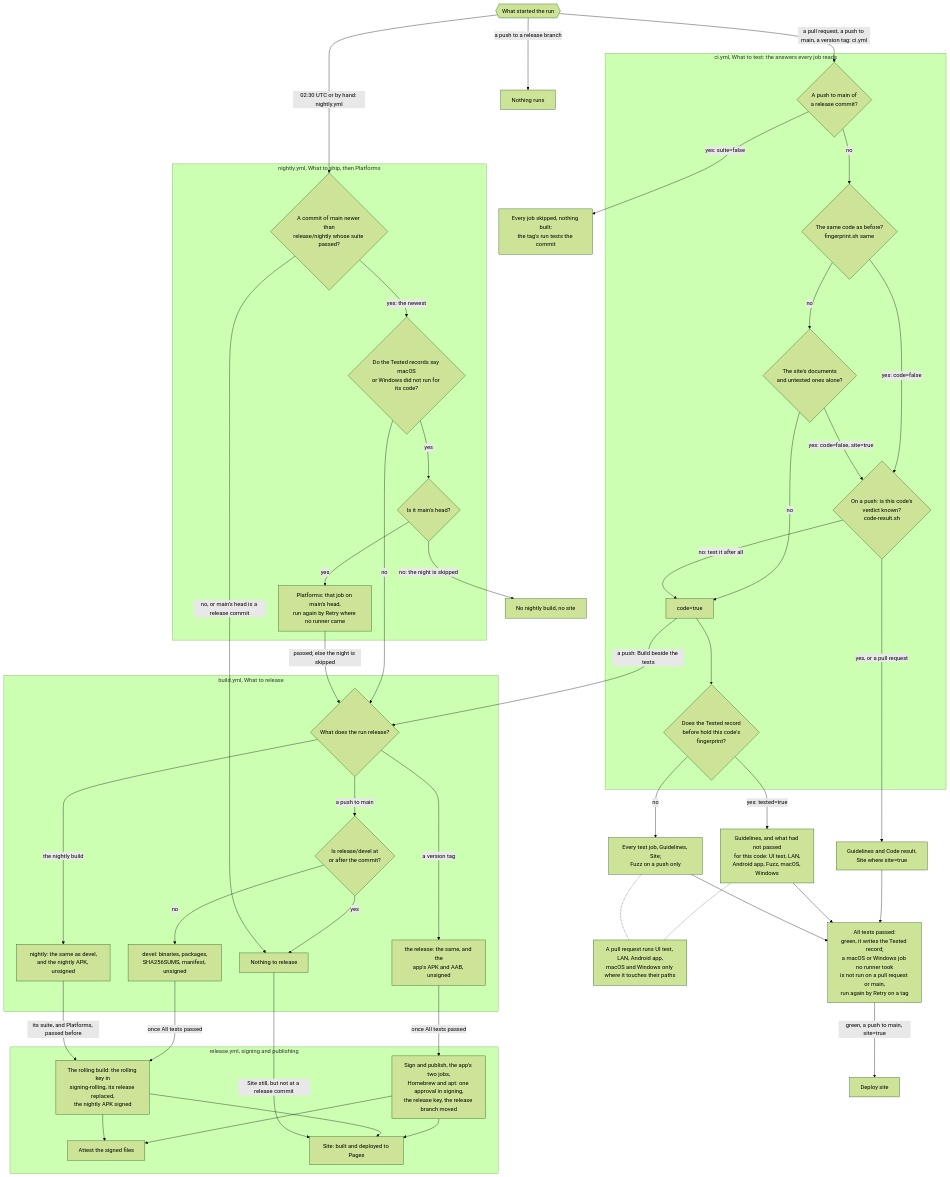
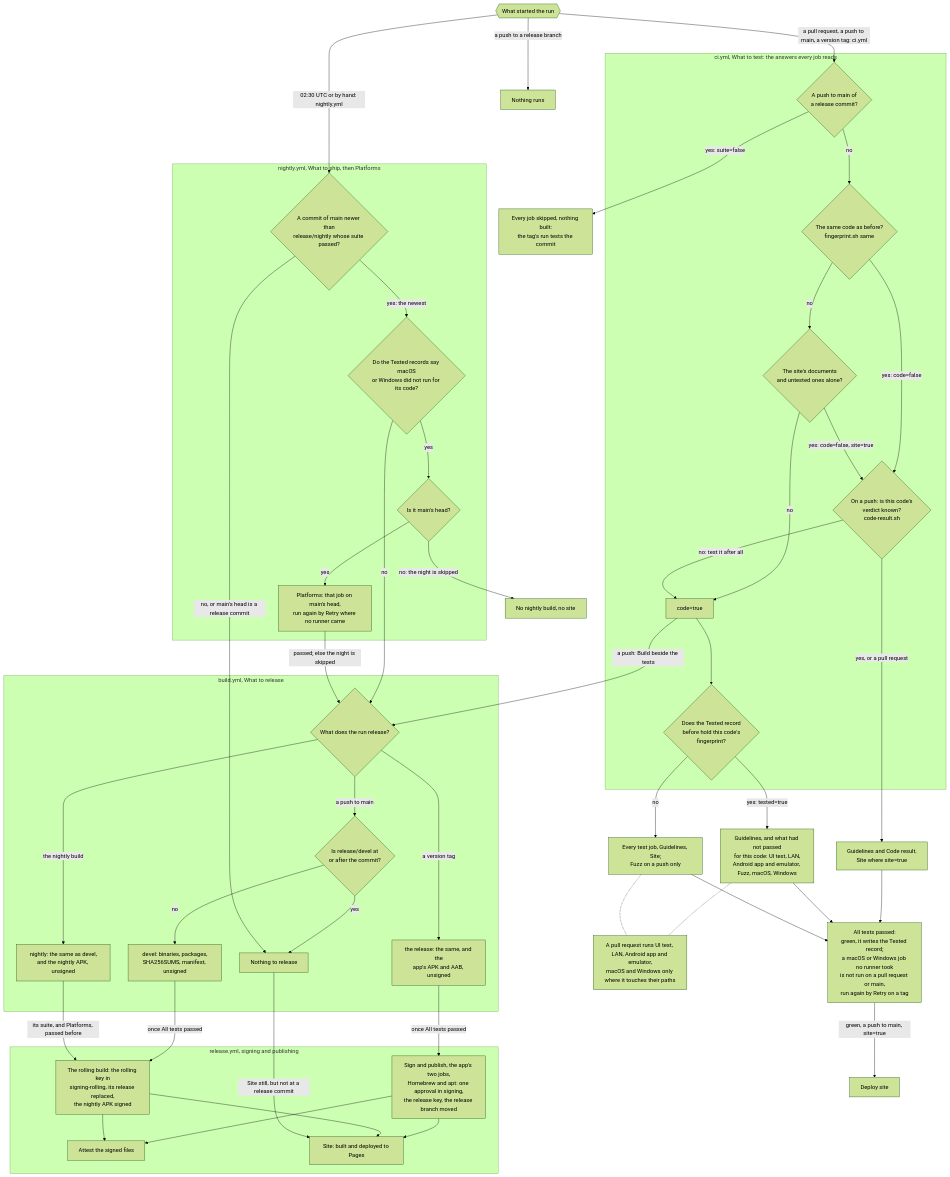
One commit to metaworx/massimo changed the diagram in GUIDELINES/project/CI.md. Above: the diagram before and after it, drawn with Mermaid (forest theme). The commit also changed other lines of this file and 28 other files, not shown here.

````diff
--- a/GUIDELINES/project/CI.md
+++ b/GUIDELINES/project/CI.md
@@ -38,80 +38,80 @@
 ```mermaid
 flowchart TD
     start{{"What started the run"}}
     start -->|"a pull request, a push to main, a version tag: ci.yml"| relcommit
     start -->|"02:30 UTC or by hand: nightly.yml"| pick
     start -->|"a push to a release branch"| idle["Nothing runs"]
 
     subgraph gate ["ci.yml, What to test: the answers every job reads"]
         relcommit{"A push to main of<br/>a release commit?"}
         same{"The same code as before?<br/>fingerprint.sh same"}
         siteonly{"The site's documents<br/>and untested ones alone?"}
         known{"On a push: is this code's<br/>verdict known?<br/>code-result.sh"}
         codetrue["code=true"]
         record{"Does the Tested record<br/>before hold this code's<br/>fingerprint?"}
         relcommit -->|no| same
         same -->|"yes: code=false"| known
         same -->|no| siteonly
         siteonly -->|"yes: code=false, site=true"| known
         siteonly -->|no| codetrue
         known -->|"no: test it after all"| codetrue
         codetrue --> record
     end
 
     relcommit -->|"yes: suite=false"| skipped["Every job skipped, nothing built:<br/>the tag's run tests the commit"]
     known -->|"yes, or a pull request"| docs["Guidelines and Code result,<br/>Site where site=true"]
-    record -->|"yes: tested=true"| retest["Guidelines, and what had not passed<br/>for this code: UI test, LAN,<br/>Android app, Fuzz, macOS, Windows"]
+    record -->|"yes: tested=true"| retest["Guidelines, and what had not passed<br/>for this code: UI test, LAN,<br/>Android app and emulator, Fuzz, macOS, Windows"]
     record -->|no| full["Every test job, Guidelines, Site;<br/>Fuzz on a push only"]
-    paths["A pull request runs UI test, LAN, Android app,<br/>macOS and Windows only where it touches their paths"]
+    paths["A pull request runs UI test, LAN, Android app and emulator,<br/>macOS and Windows only where it touches their paths"]
     retest -.- paths
     full -.- paths
     docs --> atp["All tests passed:<br/>green, it writes the Tested record;<br/>a macOS or Windows job no runner took<br/>is not run on a pull request or main,<br/>run again by Retry on a tag"]
     retest --> atp
     full --> atp
     atp -->|"green, a push to main, site=true"| deploy["Deploy site"]
     codetrue -->|"a push: Build beside the tests"| kind
 
     subgraph night ["nightly.yml, What to ship, then Platforms"]
         pick{"A commit of main newer than<br/>release/nightly whose suite passed?"}
         ship{"Do the Tested records say macOS<br/>or Windows did not run for its code?"}
         athead{"Is it main's head?"}
         plat["Platforms: that job on main's head,<br/>run again by Retry where no runner came"]
         pick -->|"yes: the newest"| ship
         ship -->|yes| athead
         athead -->|yes| plat
     end
     athead -->|"no: the night is skipped"| skipnight["No nightly build, no site"]
 
     subgraph build ["build.yml, What to release"]
         kind{"What does the run release?"}
         devel{"Is release/devel at<br/>or after the commit?"}
         nothing["Nothing to release"]
         rdevel["devel: binaries, packages,<br/>SHA256SUMS, manifest, unsigned"]
         rtag["the release: the same, and the<br/>app's APK and AAB, unsigned"]
         rnightly["nightly: the same as devel,<br/>and the nightly APK, unsigned"]
         kind -->|"a push to main"| devel
         kind -->|"a version tag"| rtag
         kind -->|"the nightly build"| rnightly
         devel -->|no| rdevel
         devel -->|yes| nothing
     end
     ship -->|no| kind
     plat -->|"passed; else the night is skipped"| kind
     pick -->|"no, or main's head is a release commit"| nothing
 
     subgraph rel ["release.yml, signing and publishing"]
         sign["Sign and publish, the app's two jobs,<br/>Homebrew and apt: one approval in signing,<br/>the release key, the release branch moved"]
         rolling["The rolling build: the rolling key in<br/>signing-rolling, its release replaced,<br/>the nightly APK signed"]
         attest["Attest the signed files"]
         site["Site: built and deployed to Pages"]
         sign --> attest
         rolling --> attest
         sign --> site
         rolling --> site
     end
 
     rtag -->|"once All tests passed"| sign
     rdevel -->|"once All tests passed"| rolling
     rnightly -->|"its suite, and Platforms, passed before"| rolling
     nothing -->|"Site still, but not at a release commit"| site
 ```
````
